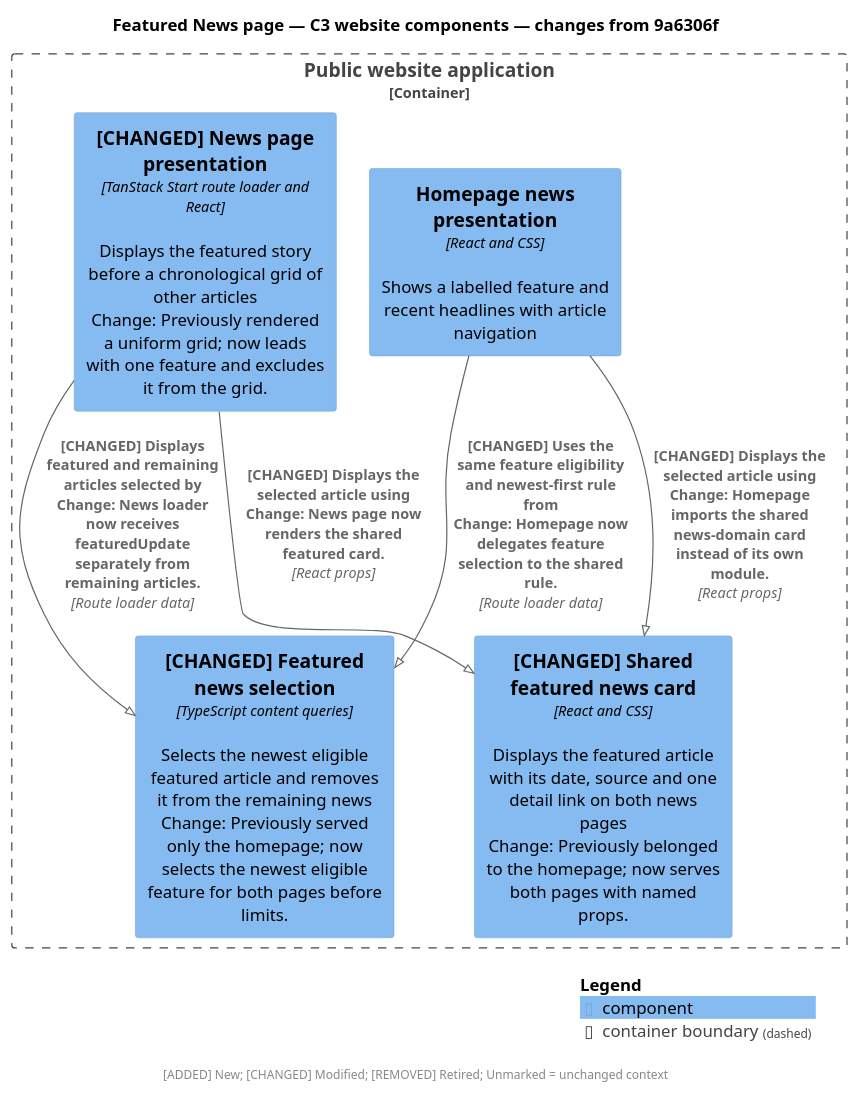
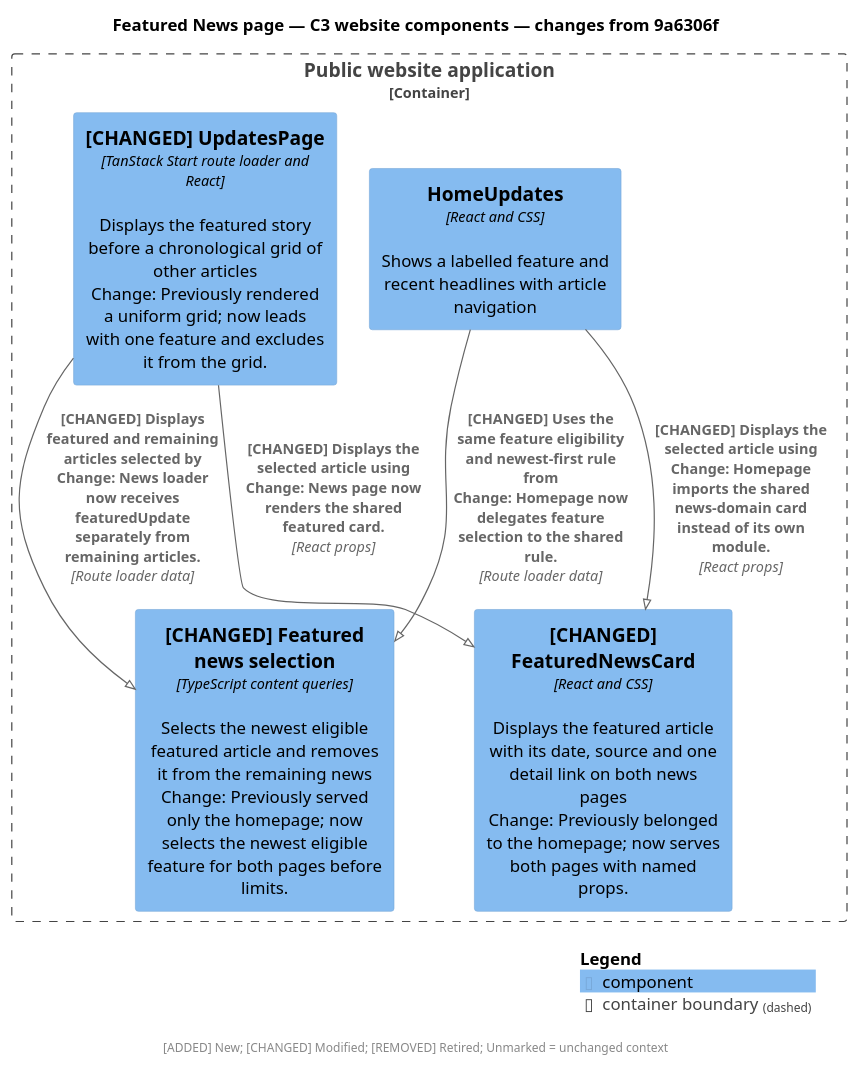
Before and after one commit to szabototo89/woodbrook-residents: the diagram in docs/handoffs/featured-news-listing/assets/c3-components.puml, drawn with PlantUML. The commit also changed 24 other files, not shown here.

First line of the commit message:
docs(architecture): name C4 components after their React components

```diff
--- a/docs/handoffs/featured-news-listing/assets/c3-components.puml
+++ b/docs/handoffs/featured-news-listing/assets/c3-components.puml
@@ -2,23 +2,23 @@
 @startuml
 !pragma layout smetana
 !include <C4/C4_Component>
 LAYOUT_TOP_DOWN()
 skinparam defaultFontName SansSerif
 skinparam nodesep 45
 skinparam ranksep 45
 title Featured News page — C3 website components — changes from 9a6306f
 
 Container_Boundary(woodbrook_browser, "Public website application") {
-  Component(homepage_news_presentation, "Homepage news presentation", "React and CSS", "Shows a labelled feature and recent headlines with article navigation")
-  Component(news_listing_presentation, "[CHANGED] News page presentation", "TanStack Start route loader and React", "Displays the featured story before a chronological grid of other articles\nChange: Previously rendered a uniform grid; now leads with one feature and excludes it from the grid.")
+  Component(homepage_news_presentation, "HomeUpdates", "React and CSS", "Shows a labelled feature and recent headlines with article navigation")
+  Component(news_listing_presentation, "[CHANGED] UpdatesPage", "TanStack Start route loader and React", "Displays the featured story before a chronological grid of other articles\nChange: Previously rendered a uniform grid; now leads with one feature and excludes it from the grid.")
   Component(featured_news_selection, "[CHANGED] Featured news selection", "TypeScript content queries", "Selects the newest eligible featured article and removes it from the remaining news\nChange: Previously served only the homepage; now selects the newest eligible feature for both pages before limits.")
-  Component(shared_featured_news_card, "[CHANGED] Shared featured news card", "React and CSS", "Displays the featured article with its date, source and one detail link on both news pages\nChange: Previously belonged to the homepage; now serves both pages with named props.")
+  Component(shared_featured_news_card, "[CHANGED] FeaturedNewsCard", "React and CSS", "Displays the featured article with its date, source and one detail link on both news pages\nChange: Previously belonged to the homepage; now serves both pages with named props.")
 }
 
 Rel(news_listing_presentation, featured_news_selection, "[CHANGED] Displays featured and remaining articles selected by\nChange: News loader now receives featuredUpdate separately from remaining articles.", "Route loader data")
 Rel(homepage_news_presentation, featured_news_selection, "[CHANGED] Uses the same feature eligibility and newest-first rule from\nChange: Homepage now delegates feature selection to the shared rule.", "Route loader data")
 Rel(news_listing_presentation, shared_featured_news_card, "[CHANGED] Displays the selected article using\nChange: News page now renders the shared featured card.", "React props")
 Rel(homepage_news_presentation, shared_featured_news_card, "[CHANGED] Displays the selected article using\nChange: Homepage imports the shared news-domain card instead of its own module.", "React props")
 SHOW_LEGEND()
 footer [ADDED] New; [CHANGED] Modified; [REMOVED] Retired; Unmarked = unchanged context
 @enduml
```
